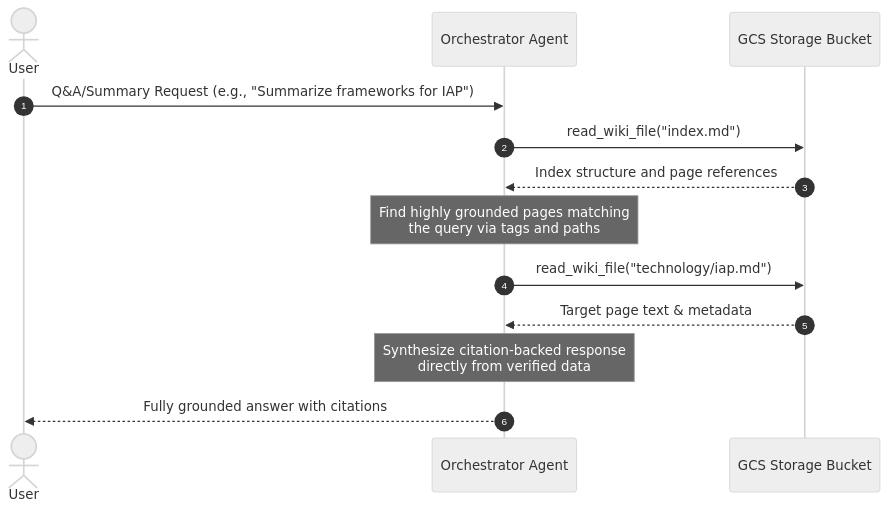
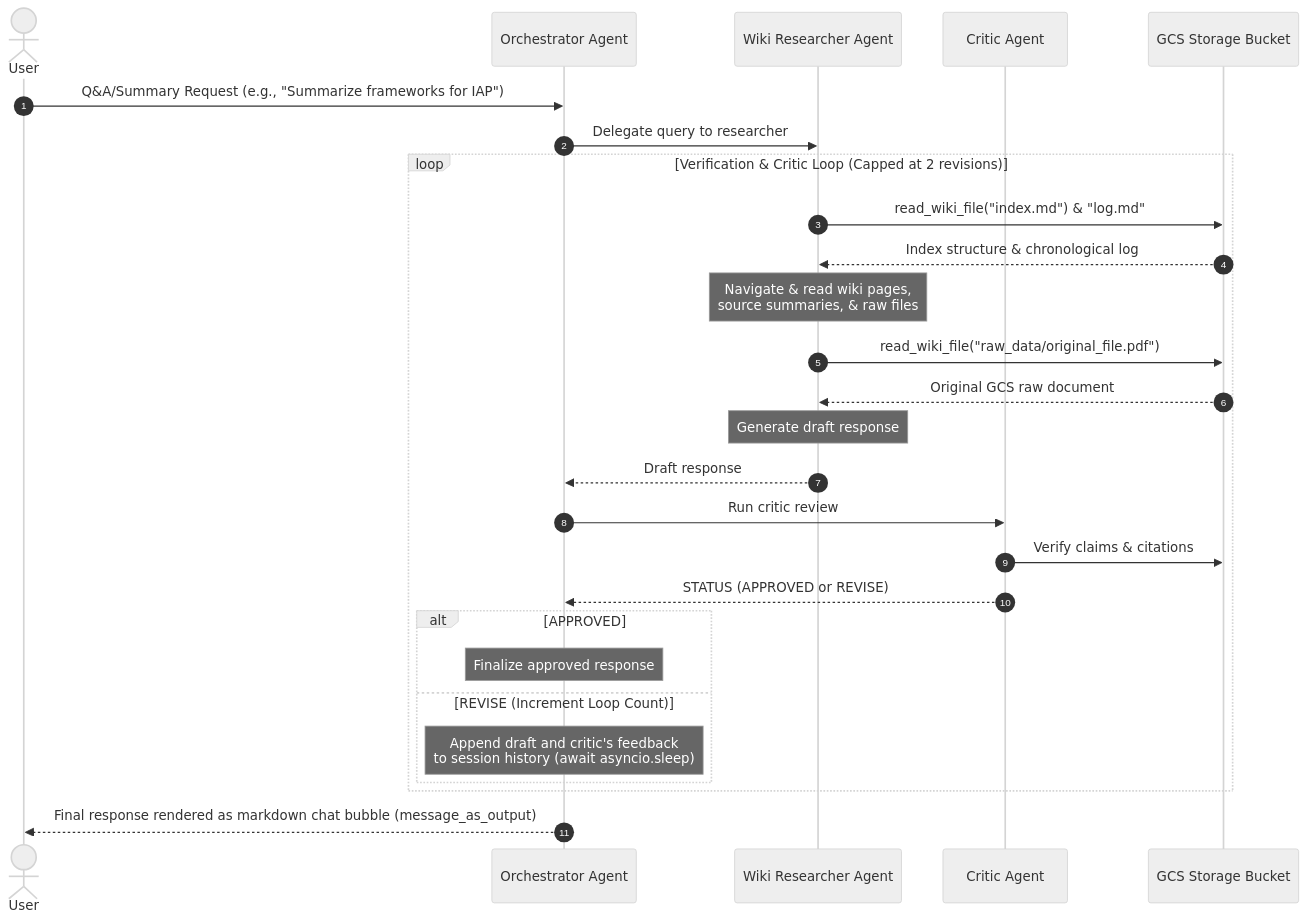
Before and after one commit to aagardezi/agentwiki-adk: the fourth of 4 diagrams in blogpost.md, drawn with Mermaid (neutral theme). The commit also changed other lines of this file and 2 other files, not shown here.

First line of the commit message:
Update blogpost.md and diagrams/ diagram1.mmd & diagram4.mmd to reflect the verification critic loop and dynamic skills system

````diff
--- a/blogpost.md
+++ b/blogpost.md
@@ -138,16 +154,30 @@
 ```mermaid
 sequenceDiagram
     autonumber
     actor User
     participant Orchestrator as Orchestrator Agent
+    participant Researcher as Wiki Researcher Agent
+    participant Critic as Critic Agent
     participant GCS as GCS Storage Bucket
 
     User->>Orchestrator: Q&A/Summary Request (e.g., "Summarize frameworks for IAP")
-    Orchestrator->>GCS: read_wiki_file("index.md")
-    GCS-->>Orchestrator: Index structure and page references
-    Note over Orchestrator: Find highly grounded pages matching<br/>the query via tags and paths
-    Orchestrator->>GCS: read_wiki_file("technology/iap.md")
-    GCS-->>Orchestrator: Target page text & metadata
-    Note over Orchestrator: Synthesize citation-backed response<br/>directly from verified data
-    Orchestrator-->>User: Fully grounded answer with citations
+    Orchestrator->>Researcher: Delegate query to researcher
+    loop Verification & Critic Loop (Capped at 2 revisions)
+        Researcher->>GCS: read_wiki_file("index.md") & "log.md"
+        GCS-->>Researcher: Index structure & chronological log
+        Note over Researcher: Navigate & read wiki pages,<br/>source summaries, & raw files
+        Researcher->>GCS: read_wiki_file("raw_data/original_file.pdf")
+        GCS-->>Researcher: Original GCS raw document
+        Note over Researcher: Generate draft response
+        Researcher-->>Orchestrator: Draft response
+        Orchestrator->>Critic: Run critic review
+        Critic->>GCS: Verify claims & citations
+        Critic-->>Orchestrator: STATUS (APPROVED or REVISE)
+        alt APPROVED
+            Note over Orchestrator: Finalize approved response
+        else REVISE (Increment Loop Count)
+            Note over Orchestrator: Append draft and critic's feedback<br/>to session history (await asyncio.sleep)
+        end
+    end
+    Orchestrator-->>User: Final response rendered as markdown chat bubble (message_as_output)
 ```
````
